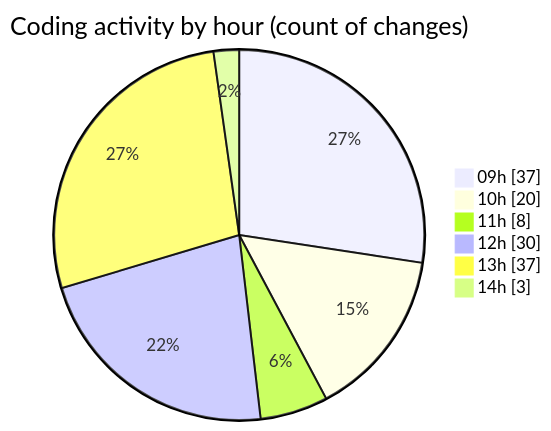
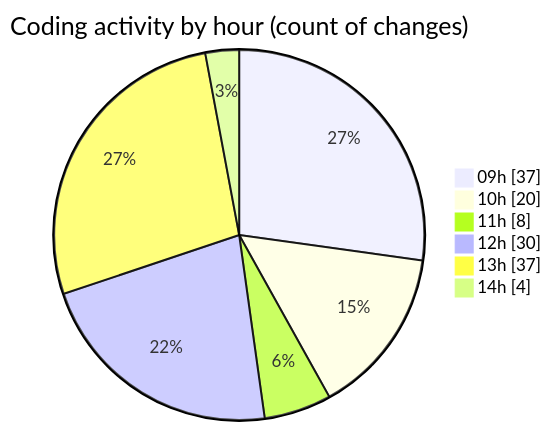
The second of 2 diagrams in 2026-05-08/cda/README.md (momahboobian/code-tracking), drawn with Mermaid before and after one commit. The commit also changed other lines of this file and 1 other file, not shown here.

````diff
--- a/2026-05-08/cda/README.md
+++ b/2026-05-08/cda/README.md
@@ -51,10 +52,10 @@
 ```mermaid
 pie showData
 title Coding activity by hour (count of changes)
 "09h" : 37
 "10h" : 20
 "11h" : 8
 "12h" : 30
 "13h" : 37
-"14h" : 3
+"14h" : 4
 ```
````
